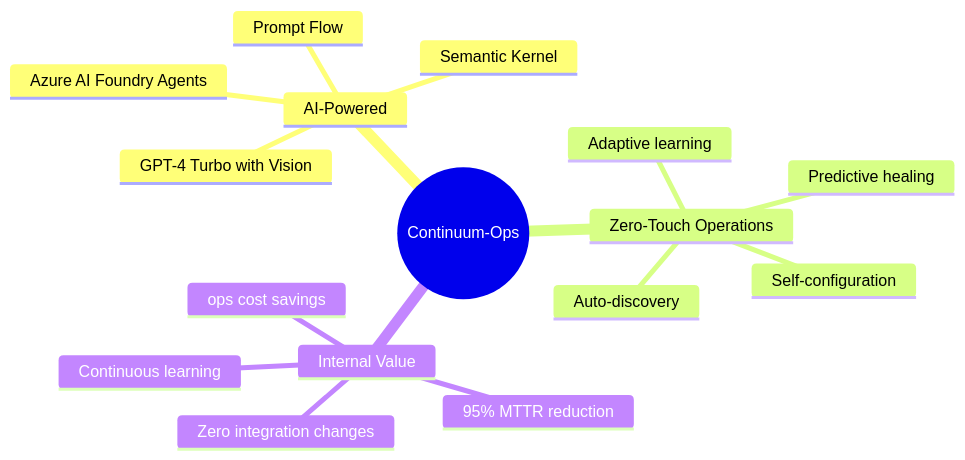
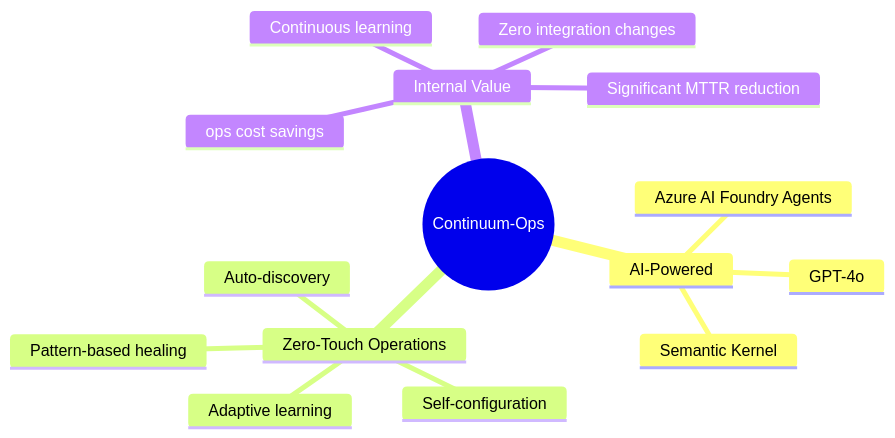
Before and after one commit to mayankgupta7673/Continuum-Ops: the first of 6 diagrams in docs/00-Product-Overview.md, drawn with Mermaid. The commit also changed other lines of this file and 6 other files, not shown here.

Commit message:
Fixed architecture issues and add justifications

````diff
--- a/docs/00-Product-Overview.md
+++ b/docs/00-Product-Overview.md
@@ -10,19 +10,18 @@
 ```mermaid
 mindmap
   root((Continuum-Ops))
     AI-Powered
       Azure AI Foundry Agents
-      GPT-4 Turbo with Vision
+      GPT-4o
       Semantic Kernel
-      Prompt Flow
     Zero-Touch Operations
       Auto-discovery
       Self-configuration
       Adaptive learning
-      Predictive healing
+      Pattern-based healing
     Internal Value
-      95% MTTR reduction
+      Significant MTTR reduction
       ops cost savings
       Zero integration changes
       Continuous learning
 ```
````
